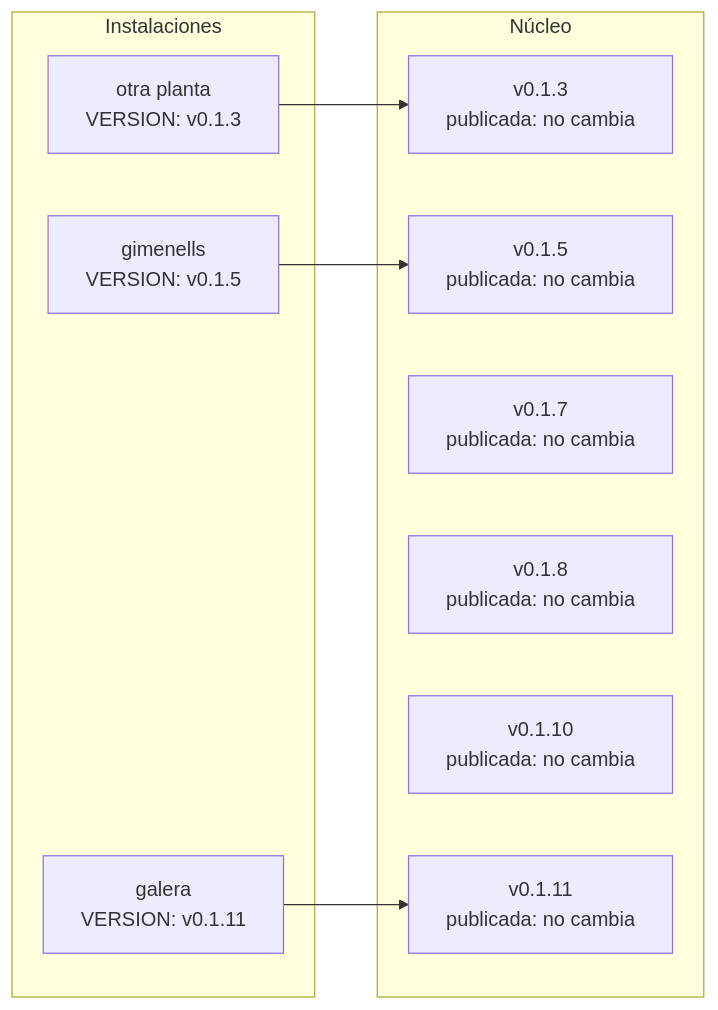
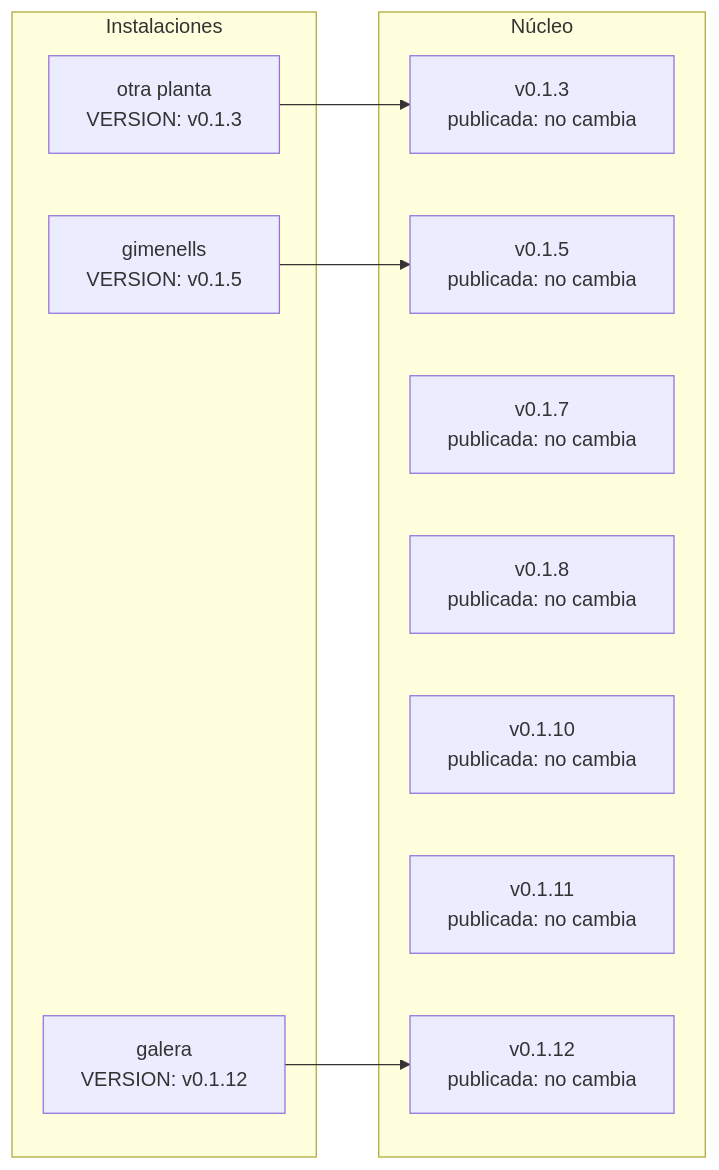
The diagram in README.md (mcamasanz/TeOdora), drawn with Mermaid before and after one commit. The commit also changed other lines of this file and 480 other files, not shown here.

````diff
--- a/README.md
+++ b/README.md
@@ -82,19 +82,20 @@
 ```mermaid
 flowchart LR
     subgraph plantas [Instalaciones]
-        A["galera<br/>VERSION: v0.1.11"]
+        A["galera<br/>VERSION: v0.1.12"]
         C["gimenells<br/>VERSION: v0.1.5"]
         B["otra planta<br/>VERSION: v0.1.3"]
     end
     subgraph nucleo [Núcleo]
         V3["v0.1.3<br/>publicada: no cambia"]
         V4["v0.1.5<br/>publicada: no cambia"]
         V5["v0.1.7<br/>publicada: no cambia"]
         V6["v0.1.8<br/>publicada: no cambia"]
         V7["v0.1.10<br/>publicada: no cambia"]
         V8["v0.1.11<br/>publicada: no cambia"]
+        V9["v0.1.12<br/>publicada: no cambia"]
     end
-    A --> V8
+    A --> V9
     C --> V4
     B --> V3
 ```
````
